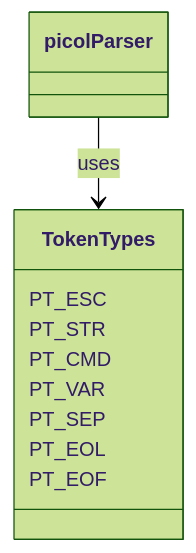
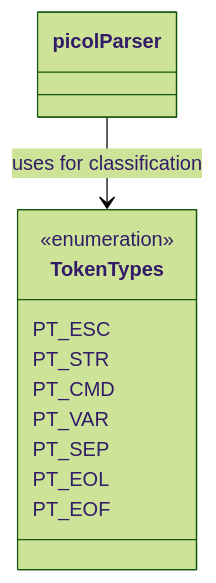
Before and after one commit to zjb1001/picol: the fourth of 7 diagrams in docs/project_structure.md, drawn with Mermaid (forest theme). The commit also changed other lines of this file and 9 other files, not shown here.

````diff
--- a/docs/project_structure.md
+++ b/docs/project_structure.md
@@ -62,14 +112,15 @@
-```mermaid
+<div class="mermaid">
 classDiagram
     class TokenTypes {
+        <<enumeration>>
         PT_ESC
         PT_STR
         PT_CMD
         PT_VAR
         PT_SEP
         PT_EOL
         PT_EOF
     }
     
-    picolParser --> TokenTypes : uses
-```
+    picolParser --> TokenTypes : uses for classification
+</div>
````
